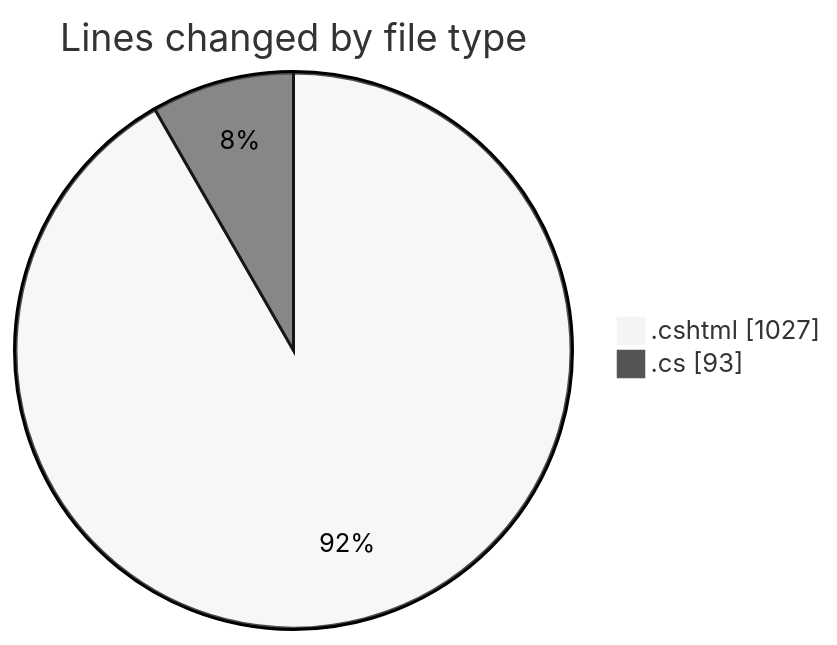
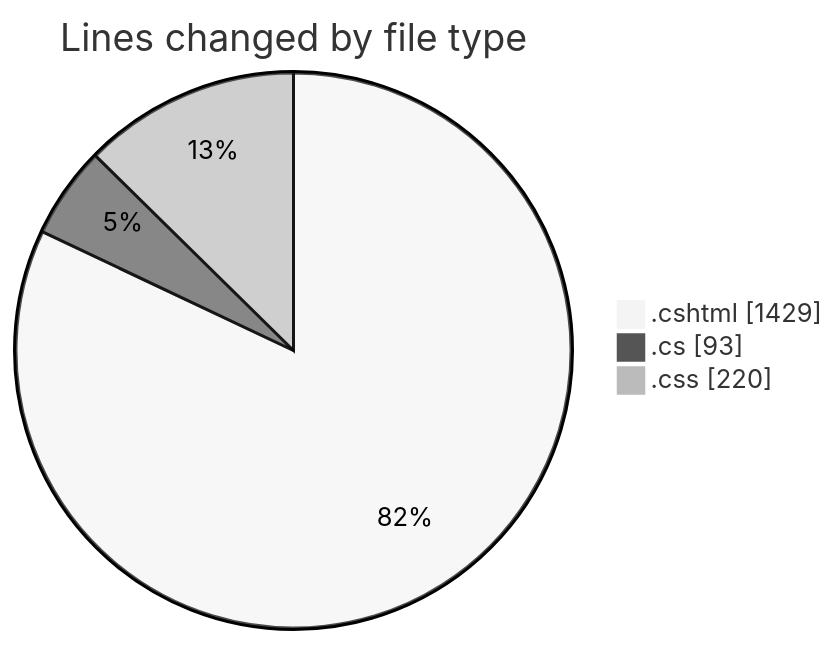
One commit to lephambinh05/code-tracking changed the first of 2 diagrams in 2025-07-20/nhahang/README.md. Above: the diagram before and after it, drawn with Mermaid (neutral theme). The commit also changed other lines of this file and 1 other file, not shown here.

````diff
--- a/2025-07-20/nhahang/README.md
+++ b/2025-07-20/nhahang/README.md
@@ -25,6 +26,7 @@
 ```mermaid
 pie showData
 title Lines changed by file type
-".cshtml" : 1027
+".cshtml" : 1429
 ".cs" : 93
+".css" : 220
 ```
````
